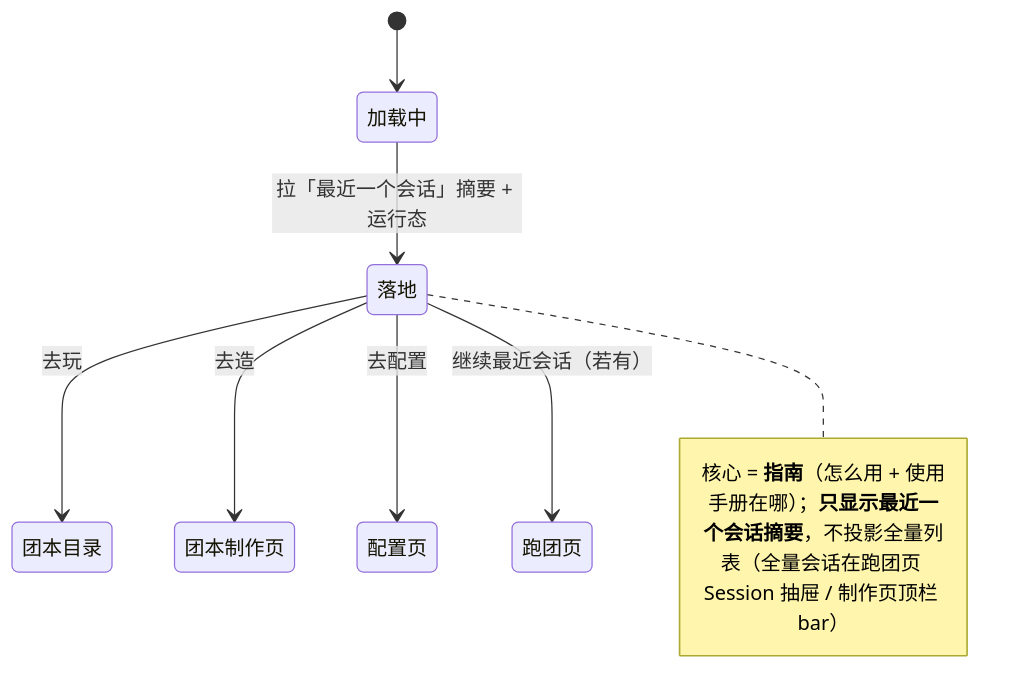
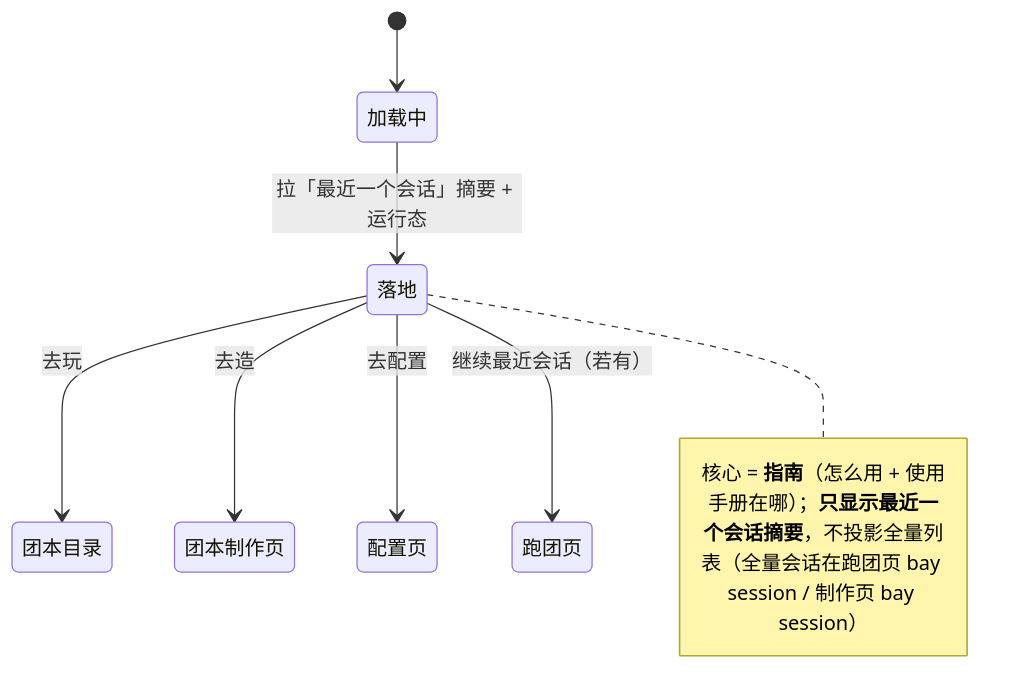
The sixth of 10 diagrams in docs/tdd/acceptance-loop-2026-07-06/0-state-machines.md (MuLeiSY2021/Dicelore), drawn with Mermaid before and after one commit. The commit also changed other lines of this file and 19 other files, not shown here.

````diff
--- a/docs/tdd/acceptance-loop-2026-07-06/0-state-machines.md
+++ b/docs/tdd/acceptance-loop-2026-07-06/0-state-machines.md
@@ -114,10 +118,10 @@
 ```mermaid
 stateDiagram-v2
   [*] --> 加载中
   加载中 --> 落地 : 拉「最近一个会话」摘要 + 运行态
   落地 --> 团本目录 : 去玩
   落地 --> 团本制作页 : 去造
   落地 --> 配置页 : 去配置
   落地 --> 跑团页 : 继续最近会话（若有）
-  note right of 落地 : 核心 = **指南**（怎么用 + 使用手册在哪）；**只显示最近一个会话摘要**，不投影全量列表（全量会话在跑团页 Session 抽屉 / 制作页顶栏 bar）
+  note right of 落地 : 核心 = **指南**（怎么用 + 使用手册在哪）；**只显示最近一个会话摘要**，不投影全量列表（全量会话在跑团页 bay session / 制作页 bay session）
 ```
````
